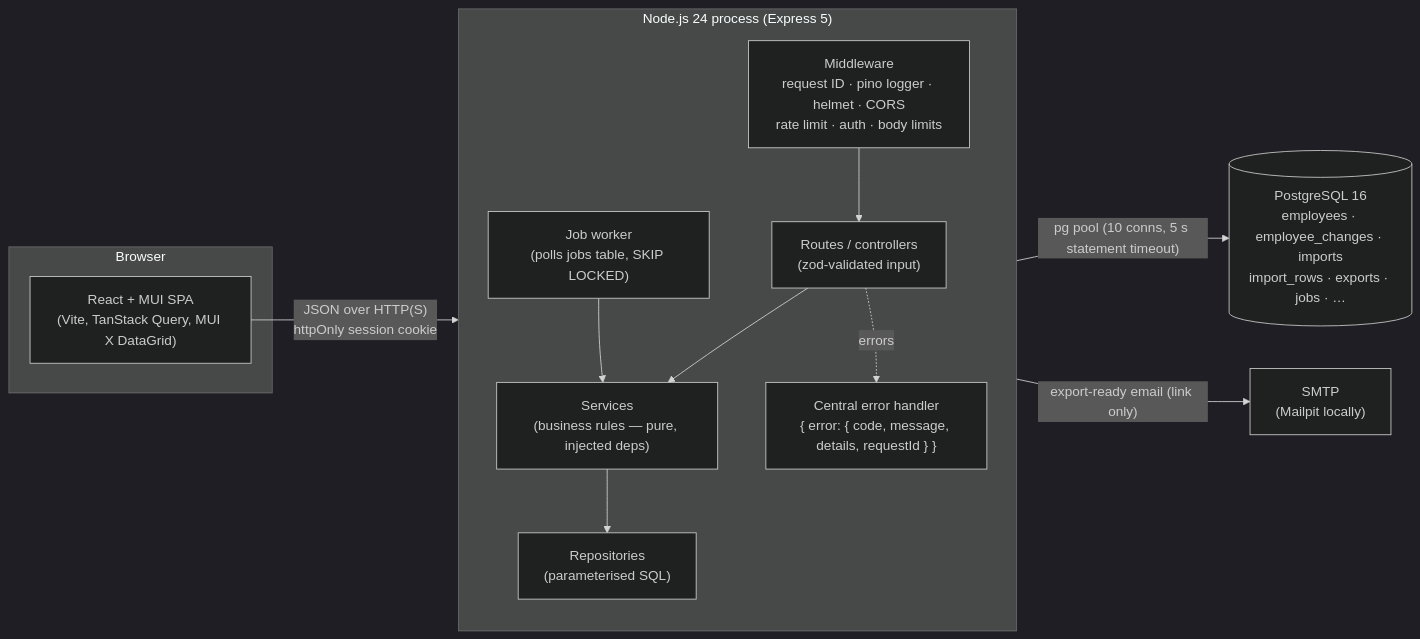
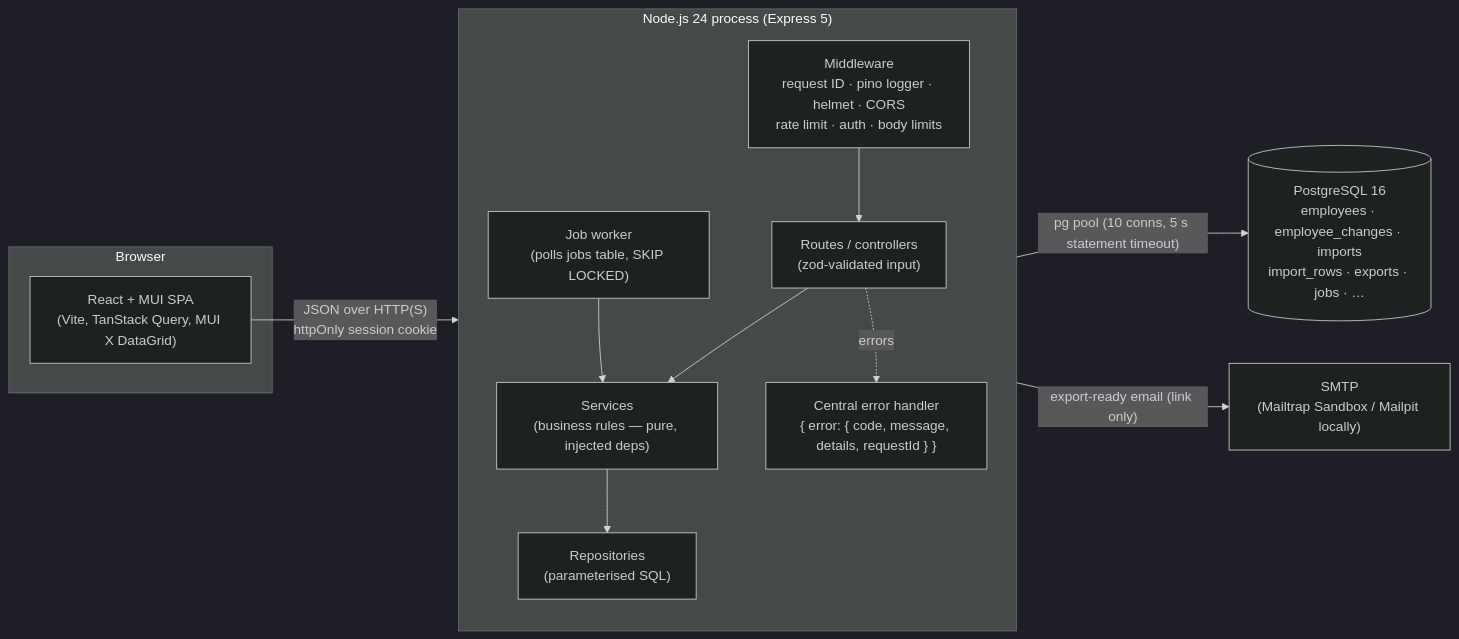
The first of 4 diagrams in docs/ARCHITECTURE.md (Shailesh-Kala/salary-management), drawn with Mermaid (dark theme) before and after one commit. The commit also changed other lines of this file and 2 other files, not shown here.

Commit message:
docs: document SMTP auth settings and Mailtrap Sandbox

````diff
--- a/docs/ARCHITECTURE.md
+++ b/docs/ARCHITECTURE.md
@@ -11,26 +11,26 @@
 ```mermaid
 flowchart LR
   subgraph Browser
     SPA["React + MUI SPA<br/>(Vite, TanStack Query, MUI X DataGrid)"]
   end
 
   subgraph API["Node.js 24 process (Express 5)"]
     direction TB
     MW["Middleware<br/>request ID · pino logger · helmet · CORS<br/>rate limit · auth · body limits"]
     RT["Routes / controllers<br/>(zod-validated input)"]
     SV["Services<br/>(business rules — pure, injected deps)"]
     RP["Repositories<br/>(parameterised SQL)"]
     WK["Job worker<br/>(polls jobs table, SKIP LOCKED)"]
     EH["Central error handler<br/>{ error: { code, message, details, requestId } }"]
     MW --> RT --> SV --> RP
     WK --> SV
     RT -.errors.-> EH
   end
 
   PG[("PostgreSQL 16<br/>employees · employee_changes · imports<br/>import_rows · exports · jobs · …")]
-  SMTP["SMTP<br/>(Mailpit locally)"]
+  SMTP["SMTP<br/>(Mailtrap Sandbox / Mailpit locally)"]
 
   SPA -- "JSON over HTTP(S)<br/>httpOnly session cookie" --> MW
   RP -- "pg pool (10 conns, 5 s statement timeout)" --> PG
   SV -- "export-ready email (link only)" --> SMTP
 ```
````
